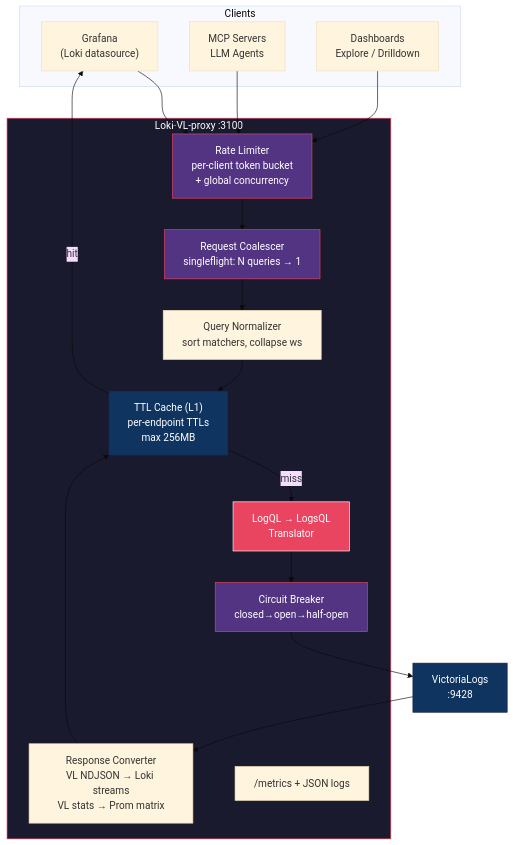
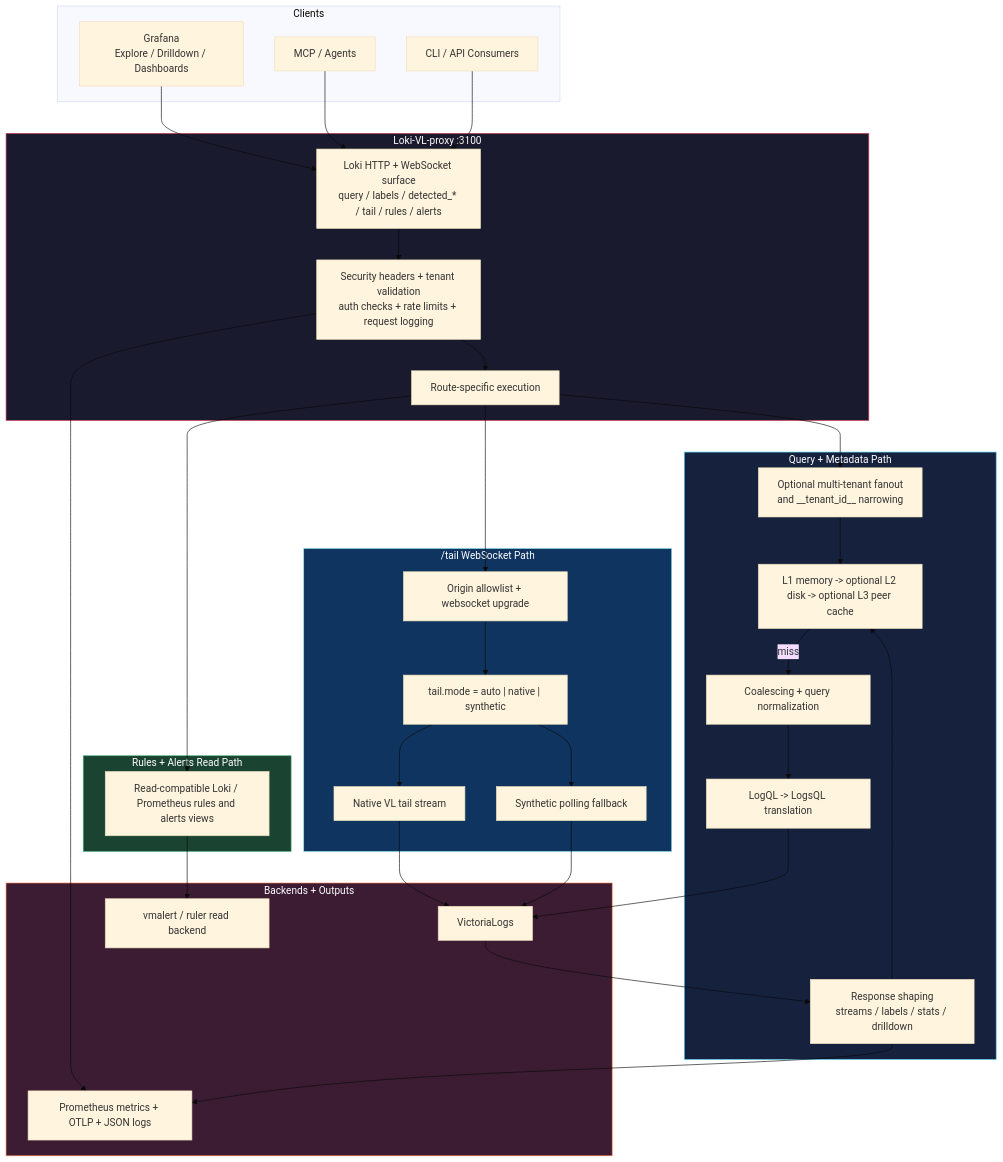
One commit to ReliablyObserve/Loki-VL-proxy changed the first of 6 diagrams in docs/architecture.md. Above: the diagram before and after it, drawn with Mermaid (base theme). The commit also changed other lines of this file and 3 other files, not shown here.

Commit message:
docs: refresh architecture and current gaps

````diff
--- a/docs/architecture.md
+++ b/docs/architecture.md
@@ -9,42 +9,59 @@
 ```mermaid
 flowchart TD
-    subgraph Clients
-        G["Grafana<br/>(Loki datasource)"]
-        M["MCP Servers<br/>LLM Agents"]
-        D["Dashboards<br/>Explore / Drilldown"]
+    subgraph Clients["Clients"]
+        G["Grafana<br/>Explore / Drilldown / Dashboards"]
+        M["MCP / Agents"]
+        C["CLI / API Consumers"]
     end
 
-    subgraph Proxy["Loki-VL-proxy :3100"]
-        RL["Rate Limiter<br/>per-client token bucket<br/>+ global concurrency"]
-        CO["Request Coalescer<br/>singleflight: N queries → 1"]
-        NM["Query Normalizer<br/>sort matchers, collapse ws"]
-        TR["LogQL → LogsQL<br/>Translator"]
-        CA["TTL Cache (L1)<br/>per-endpoint TTLs<br/>max 256MB"]
-        RC["Response Converter<br/>VL NDJSON → Loki streams<br/>VL stats → Prom matrix"]
-        CB["Circuit Breaker<br/>closed→open→half-open"]
-        OB["/metrics + JSON logs"]
+    subgraph Front["Loki-VL-proxy :3100"]
+        API["Loki HTTP + WebSocket surface<br/>query / labels / detected_* / tail / rules / alerts"]
+        GUARD["Security headers + tenant validation<br/>auth checks + rate limits + request logging"]
+        ROUTE["Route-specific execution"]
     end
 
-    VL["VictoriaLogs<br/>:9428"]
+    subgraph Query["Query + Metadata Path"]
+        FAN["Optional multi-tenant fanout<br/>and __tenant_id__ narrowing"]
+        CACHE["L1 memory -> optional L2 disk -> optional L3 peer cache"]
+        CO["Coalescing + query normalization"]
+        TR["LogQL -> LogsQL translation"]
+        SHAPE["Response shaping<br/>streams / labels / stats / drilldown"]
+    end
 
-    G --> RL
-    M --> RL
-    D --> RL
-    RL --> CO
-    CO --> NM
-    NM --> CA
-    CA -->|miss| TR
-    TR --> CB
-    CB --> VL
-    VL --> RC
-    RC --> CA
-    CA -->|hit| G
+    subgraph Tail["/tail WebSocket Path"]
+        ORIGIN["Origin allowlist + websocket upgrade"]
+        MODE["tail.mode = auto | native | synthetic"]
+        NATIVE["Native VL tail stream"]
+        SYN["Synthetic polling fallback"]
+    end
 
-    style Proxy fill:#1a1a2e,stroke:#e94560,color:#fff
-    style VL fill:#0f3460,stroke:#16213e,color:#fff
-    style RL fill:#533483,stroke:#e94560,color:#fff
-    style CO fill:#533483,stroke:#e94560,color:#fff
-    style CA fill:#0f3460,stroke:#16213e,color:#fff
-    style TR fill:#e94560,stroke:#fff,color:#fff
-    style CB fill:#533483,stroke:#e94560,color:#fff
+    subgraph Reads["Rules + Alerts Read Path"]
+        ALERT["Read-compatible Loki / Prometheus rules and alerts views"]
+    end
+
+    subgraph Backends["Backends + Outputs"]
+        VL["VictoriaLogs"]
+        VMR["vmalert / ruler read backend"]
+        OBS["Prometheus metrics + OTLP + JSON logs"]
+    end
+
+    G --> API
+    M --> API
+    C --> API
+    API --> GUARD --> ROUTE
+    ROUTE --> FAN --> CACHE
+    CACHE -->|miss| CO --> TR --> VL
+    VL --> SHAPE --> CACHE
+    ROUTE --> ORIGIN --> MODE
+    MODE --> NATIVE --> VL
+    MODE --> SYN --> VL
+    ROUTE --> ALERT --> VMR
+    GUARD --> OBS
+    SHAPE --> OBS
+
+    style Front fill:#1a1a2e,stroke:#e94560,color:#fff
+    style Query fill:#16213e,stroke:#4cc9f0,color:#fff
+    style Tail fill:#0f3460,stroke:#90e0ef,color:#fff
+    style Reads fill:#1b4332,stroke:#52b788,color:#fff
+    style Backends fill:#3b1c32,stroke:#ff7f50,color:#fff
 ```
````
